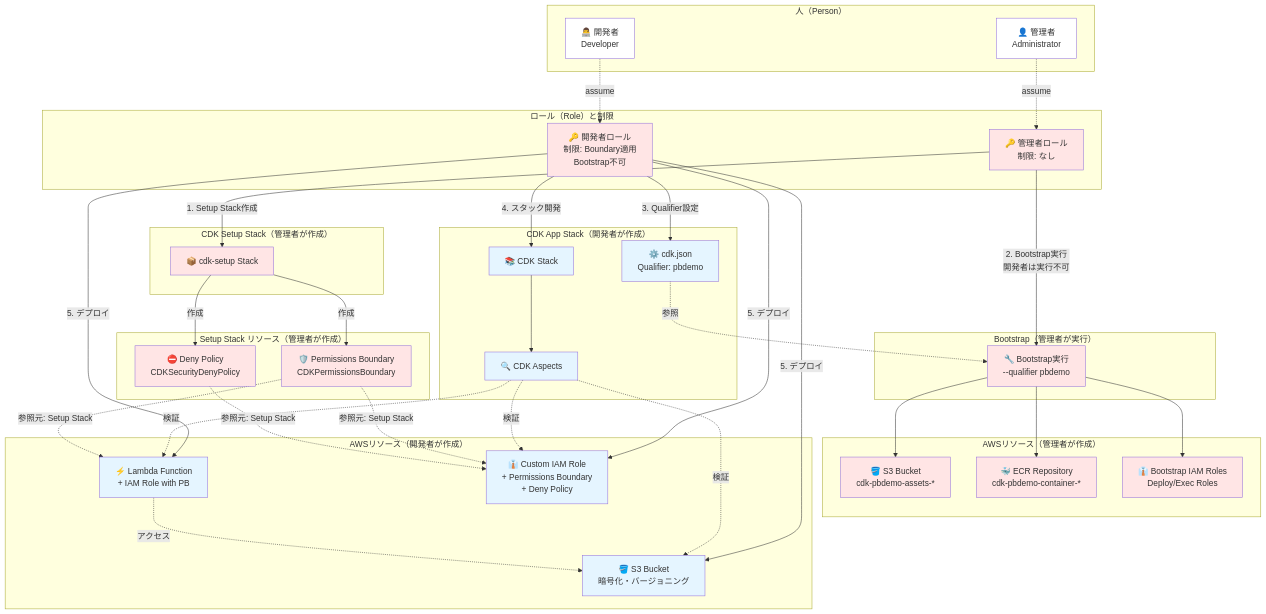
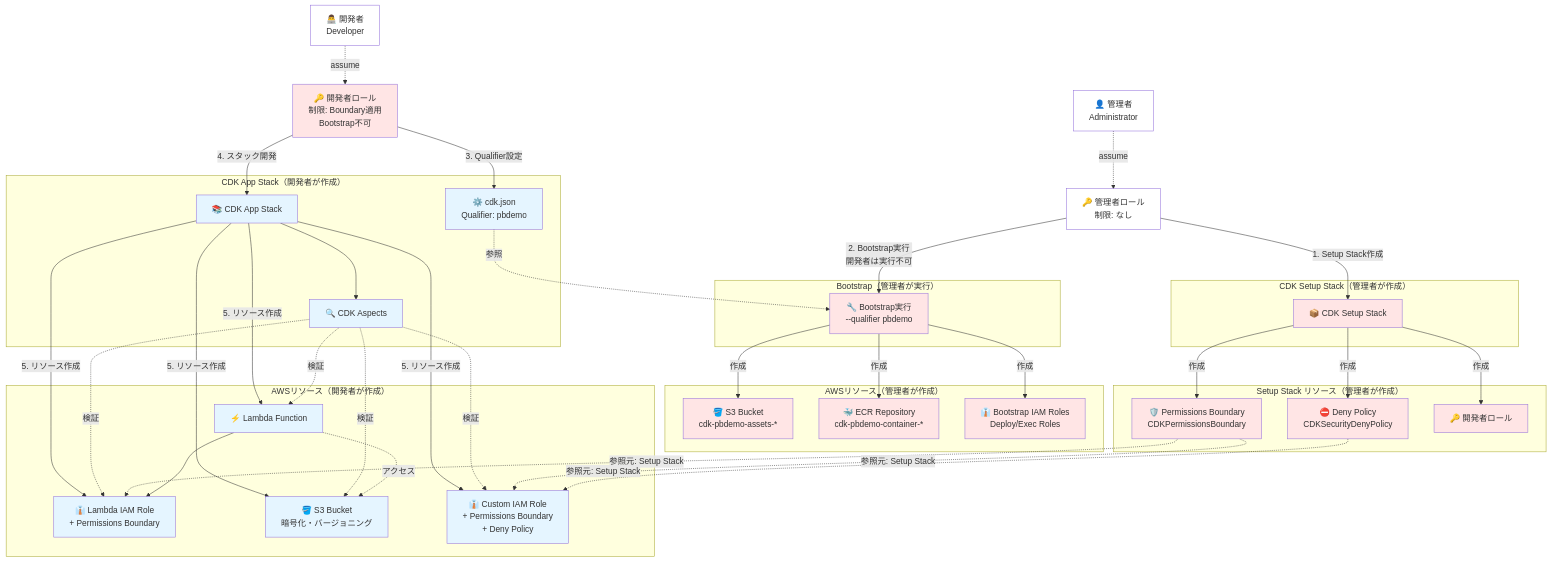
One commit to goataka/cdk-with-permissions-boundary changed the first of 3 diagrams in SECURITY_FEATURES.md. Above: the diagram before and after it, drawn with Mermaid. The commit also changed 2 other files, not shown here.

Commit message:
Refactor architecture diagram: remove subgraphs for people/roles, change colors, add DevRole to Setup resources, separate Lambda and role, fix stack naming, move SETUP_GUIDE.md to root

````diff
--- a/SECURITY_FEATURES.md
+++ b/SECURITY_FEATURES.md
@@ -9,22 +9,19 @@
 ```mermaid
 graph TB
-    subgraph "人（Person）"
-        Admin[👤 管理者<br/>Administrator]
-        Dev[👨‍💻 開発者<br/>Developer]
-    end
+    Admin[👤 管理者<br/>Administrator]
+    Dev[👨‍💻 開発者<br/>Developer]
     
-    subgraph "ロール（Role）と制限"
-        AdminRole[🔑 管理者ロール<br/>制限: なし]
-        DevRole[🔑 開発者ロール<br/>制限: Boundary適用<br/>Bootstrap不可]
-    end
+    AdminRole[🔑 管理者ロール<br/>制限: なし]
+    DevRole[🔑 開発者ロール<br/>制限: Boundary適用<br/>Bootstrap不可]
     
     subgraph "CDK Setup Stack（管理者が作成）"
-        SetupStack[📦 cdk-setup Stack]
+        SetupStack[📦 CDK Setup Stack]
     end
     
     subgraph "Setup Stack リソース（管理者が作成）"
         PBPolicy[🛡️ Permissions Boundary<br/>CDKPermissionsBoundary]
         DenyPolicy[⛔ Deny Policy<br/>CDKSecurityDenyPolicy]
+        DevRoleResource[🔑 開発者ロール]
     end
     
     subgraph "Bootstrap（管理者が実行）"
@@ -32,7 +29,7 @@
     end
     
     subgraph "CDK App Stack（開発者が作成）"
-        CDKStack[📚 CDK Stack]
+        AppStack[📚 CDK App Stack]
         QualifierConfig[⚙️ cdk.json<br/>Qualifier: pbdemo]
         Aspects[🔍 CDK Aspects]
     end
@@ -44,7 +41,8 @@
     end
     
     subgraph "AWSリソース（開発者が作成）"
-        Lambda[⚡ Lambda Function<br/>+ IAM Role with PB]
+        Lambda[⚡ Lambda Function]
+        LambdaRole[👔 Lambda IAM Role<br/>+ Permissions Boundary]
         S3Bucket[🪣 S3 Bucket<br/>暗号化・バージョニング]
         CustomRole[👔 Custom IAM Role<br/>+ Permissions Boundary<br/>+ Deny Policy]
     end
@@ -55,46 +53,52 @@
     AdminRole -->|1. Setup Stack作成| SetupStack
     SetupStack -->|作成| PBPolicy
     SetupStack -->|作成| DenyPolicy
+    SetupStack -->|作成| DevRoleResource
     
     AdminRole -->|2. Bootstrap実行<br/>開発者は実行不可| Bootstrap
-    Bootstrap --> S3Assets
-    Bootstrap --> ECRRepo
-    Bootstrap --> BootstrapRoles
+    Bootstrap -->|作成| S3Assets
+    Bootstrap -->|作成| ECRRepo
+    Bootstrap -->|作成| BootstrapRoles
     
     DevRole -->|3. Qualifier設定| QualifierConfig
-    DevRole -->|4. スタック開発| CDKStack
+    DevRole -->|4. スタック開発| AppStack
     QualifierConfig -.参照.-> Bootstrap
-    CDKStack --> Aspects
+    AppStack --> Aspects
     
-    DevRole -->|5. デプロイ| Lambda
-    DevRole -->|5. デプロイ| S3Bucket
-    DevRole -->|5. デプロイ| CustomRole
+    AppStack -->|5. リソース作成| Lambda
+    AppStack -->|5. リソース作成| LambdaRole
+    AppStack -->|5. リソース作成| S3Bucket
+    AppStack -->|5. リソース作成| CustomRole
     
     Aspects -.検証.-> Lambda
+    Aspects -.検証.-> LambdaRole
     Aspects -.検証.-> S3Bucket
     Aspects -.検証.-> CustomRole
     
-    PBPolicy -.参照元: Setup Stack.-> Lambda
+    PBPolicy -.参照元: Setup Stack.-> LambdaRole
     PBPolicy -.参照元: Setup Stack.-> CustomRole
     DenyPolicy -.参照元: Setup Stack.-> CustomRole
     
+    Lambda --> LambdaRole
     Lambda -.アクセス.-> S3Bucket
     
     style Admin fill:#FFFFFF
     style Dev fill:#FFFFFF
-    style AdminRole fill:#FFE5E5
+    style AdminRole fill:#FFFFFF
     style DevRole fill:#FFE5E5
     style SetupStack fill:#FFE5E5
     style PBPolicy fill:#FFE5E5
     style DenyPolicy fill:#FFE5E5
+    style DevRoleResource fill:#FFE5E5
     style Bootstrap fill:#FFE5E5
     style S3Assets fill:#FFE5E5
     style ECRRepo fill:#FFE5E5
     style BootstrapRoles fill:#FFE5E5
-    style CDKStack fill:#E5F5FF
+    style AppStack fill:#E5F5FF
     style QualifierConfig fill:#E5F5FF
     style Aspects fill:#E5F5FF
     style Lambda fill:#E5F5FF
+    style LambdaRole fill:#E5F5FF
     style S3Bucket fill:#E5F5FF
     style CustomRole fill:#E5F5FF
 ```
````
